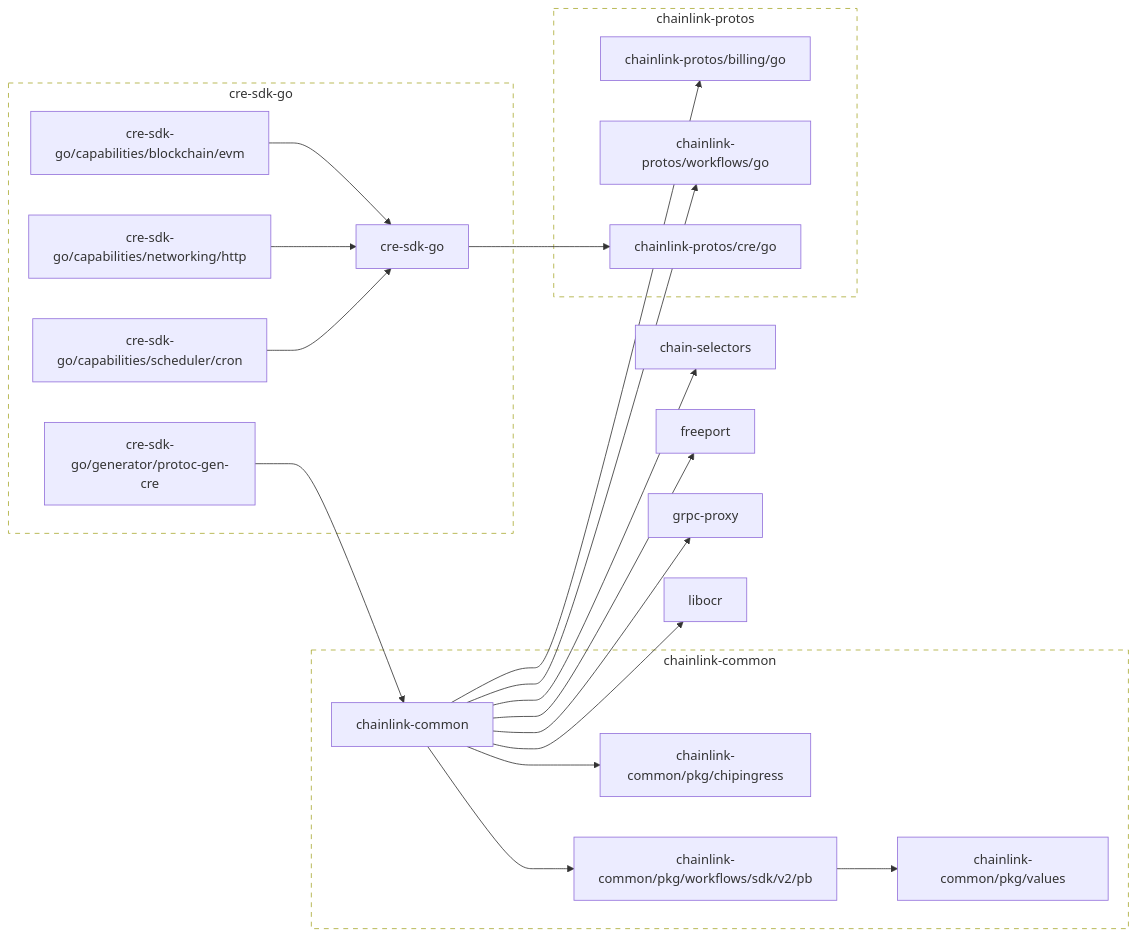
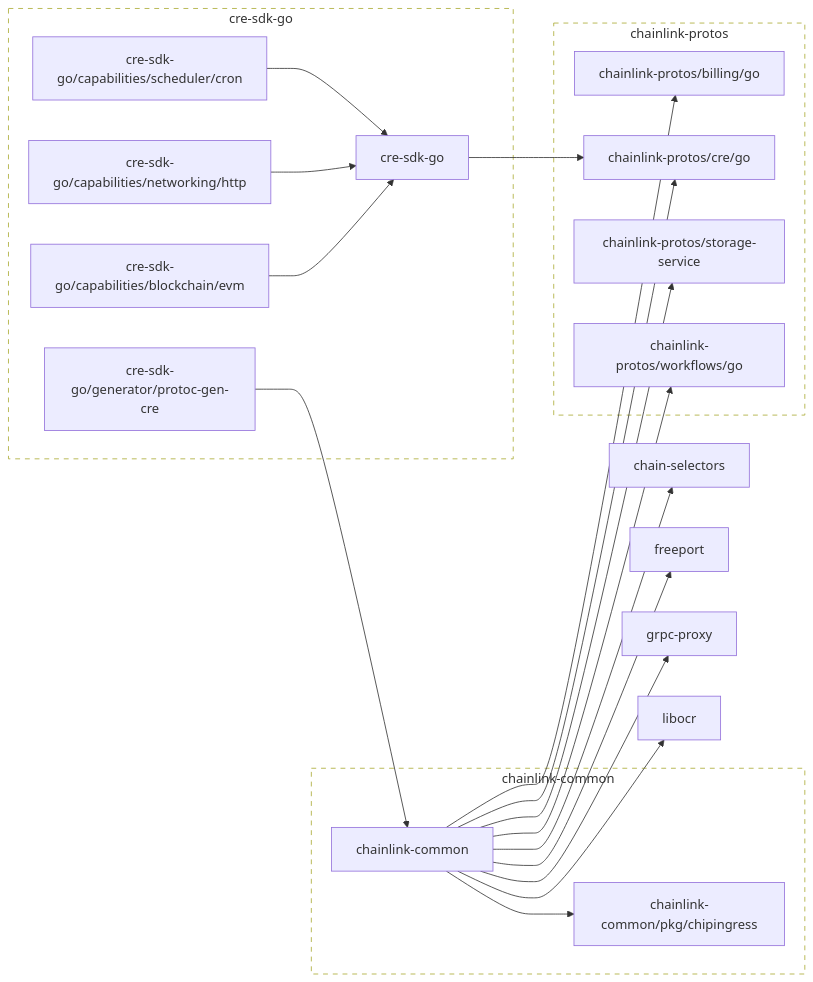
Before and after one commit to smartcontractkit/cre-sdk-go: the diagram in go.md, drawn with Mermaid. The commit also changed 5 other files, not shown here.

````diff
--- a/go.md
+++ b/go.md
@@ -2,70 +2,68 @@
 ```mermaid
 flowchart LR
 
 	chain-selectors
 	click chain-selectors href "https://github.com/smartcontractkit/chain-selectors"
 	chainlink-common --> chain-selectors
 	chainlink-common --> chainlink-common/pkg/chipingress
-	chainlink-common --> chainlink-common/pkg/workflows/sdk/v2/pb
 	chainlink-common --> chainlink-protos/billing/go
+	chainlink-common --> chainlink-protos/cre/go
+	chainlink-common --> chainlink-protos/storage-service
 	chainlink-common --> chainlink-protos/workflows/go
 	chainlink-common --> freeport
 	chainlink-common --> grpc-proxy
 	chainlink-common --> libocr
 	click chainlink-common href "https://github.com/smartcontractkit/chainlink-common"
 	chainlink-common/pkg/chipingress
 	click chainlink-common/pkg/chipingress href "https://github.com/smartcontractkit/chainlink-common"
-	chainlink-common/pkg/values
-	click chainlink-common/pkg/values href "https://github.com/smartcontractkit/chainlink-common"
-	chainlink-common/pkg/workflows/sdk/v2/pb --> chainlink-common/pkg/values
-	click chainlink-common/pkg/workflows/sdk/v2/pb href "https://github.com/smartcontractkit/chainlink-common"
 	chainlink-protos/billing/go
 	click chainlink-protos/billing/go href "https://github.com/smartcontractkit/chainlink-protos"
 	chainlink-protos/cre/go
 	click chainlink-protos/cre/go href "https://github.com/smartcontractkit/chainlink-protos"
+	chainlink-protos/storage-service
+	click chainlink-protos/storage-service href "https://github.com/smartcontractkit/chainlink-protos"
 	chainlink-protos/workflows/go
 	click chainlink-protos/workflows/go href "https://github.com/smartcontractkit/chainlink-protos"
 	cre-sdk-go --> chainlink-protos/cre/go
 	click cre-sdk-go href "https://github.com/smartcontractkit/cre-sdk-go"
 	cre-sdk-go/capabilities/blockchain/evm --> cre-sdk-go
 	click cre-sdk-go/capabilities/blockchain/evm href "https://github.com/smartcontractkit/cre-sdk-go"
 	cre-sdk-go/capabilities/networking/http --> cre-sdk-go
 	click cre-sdk-go/capabilities/networking/http href "https://github.com/smartcontractkit/cre-sdk-go"
 	cre-sdk-go/capabilities/scheduler/cron --> cre-sdk-go
 	click cre-sdk-go/capabilities/scheduler/cron href "https://github.com/smartcontractkit/cre-sdk-go"
 	cre-sdk-go/generator/protoc-gen-cre --> chainlink-common
 	click cre-sdk-go/generator/protoc-gen-cre href "https://github.com/smartcontractkit/cre-sdk-go"
 	freeport
 	click freeport href "https://github.com/smartcontractkit/freeport"
 	grpc-proxy
 	click grpc-proxy href "https://github.com/smartcontractkit/grpc-proxy"
 	libocr
 	click libocr href "https://github.com/smartcontractkit/libocr"
 
 	subgraph chainlink-common-repo[chainlink-common]
 		 chainlink-common
 		 chainlink-common/pkg/chipingress
-		 chainlink-common/pkg/values
-		 chainlink-common/pkg/workflows/sdk/v2/pb
 	end
 	click chainlink-common-repo href "https://github.com/smartcontractkit/chainlink-common"
 
 	subgraph chainlink-protos-repo[chainlink-protos]
 		 chainlink-protos/billing/go
 		 chainlink-protos/cre/go
+		 chainlink-protos/storage-service
 		 chainlink-protos/workflows/go
 	end
 	click chainlink-protos-repo href "https://github.com/smartcontractkit/chainlink-protos"
 
 	subgraph cre-sdk-go-repo[cre-sdk-go]
 		 cre-sdk-go
 		 cre-sdk-go/capabilities/blockchain/evm
 		 cre-sdk-go/capabilities/networking/http
 		 cre-sdk-go/capabilities/scheduler/cron
 		 cre-sdk-go/generator/protoc-gen-cre
 	end
 	click cre-sdk-go-repo href "https://github.com/smartcontractkit/cre-sdk-go"
 
 	classDef outline stroke-dasharray:6,fill:none;
 	class chainlink-common-repo,chainlink-protos-repo,cre-sdk-go-repo outline
 ```
````
